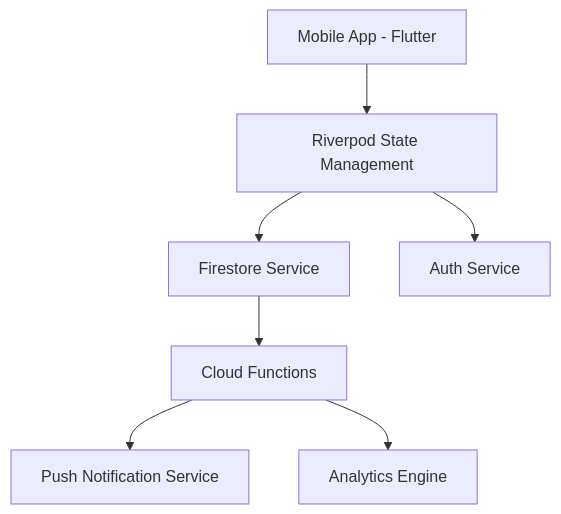
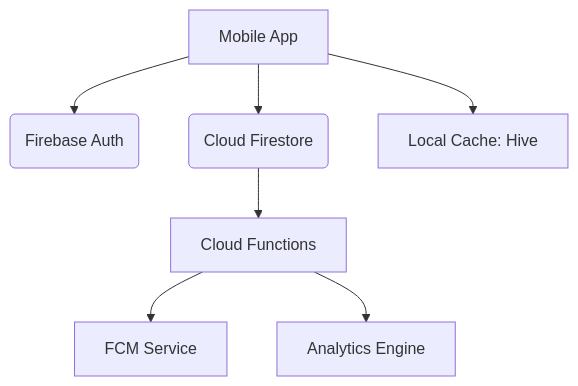
Before and after one commit to nayrbryanGaming/habitforge: the diagram in README.md, drawn with Mermaid. The commit also changed other lines of this file and 72 other files, not shown here.

````diff
--- a/README.md
+++ b/README.md
@@ -53,9 +61,9 @@
 ```mermaid
 graph TD
-    A[Mobile App - Flutter] --> B[Riverpod State Management]
-    B --> C[Firestore Service]
-    B --> D[Auth Service]
-    C --> E[Cloud Functions]
-    E --> F[Push Notification Service]
-    E --> G[Analytics Engine]
+    A[Mobile App] --> B(Firebase Auth)
+    A --> C(Cloud Firestore)
+    C --> D[Cloud Functions]
+    D --> E[FCM Service]
+    A --> F[Local Cache: Hive]
+    D --> G[Analytics Engine]
 ```
````
